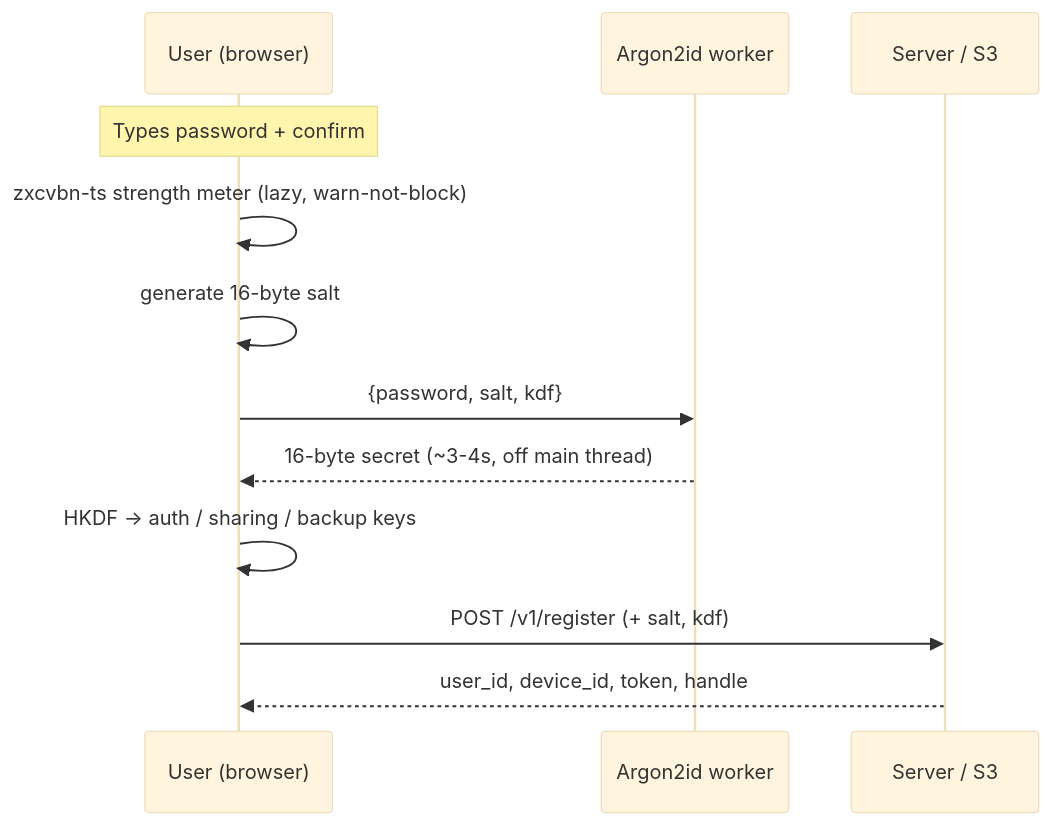
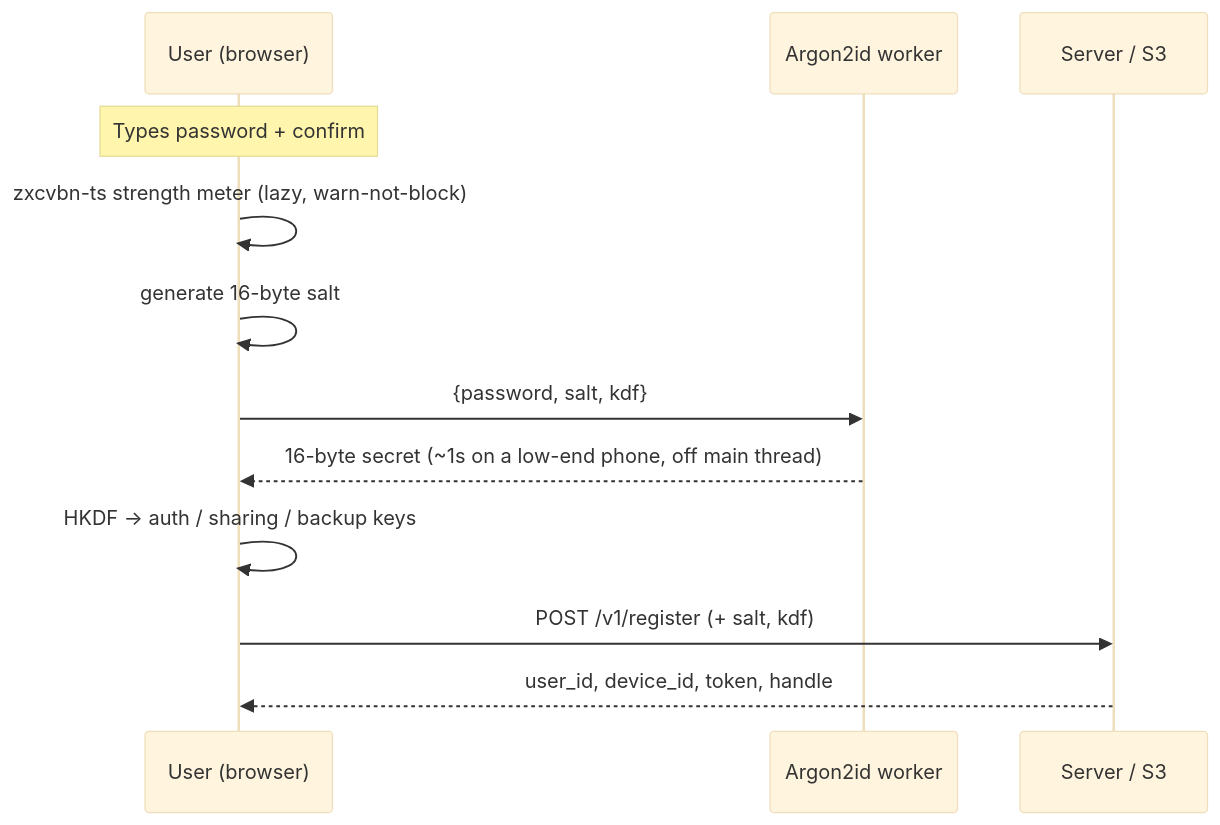
Before and after one commit to atmin/atmin.net: the diagram in docs/scenarios/credential-registration.md, drawn with Mermaid (base theme). The commit also changed other lines of this file and 1 other file, not shown here.

````diff
--- a/docs/scenarios/credential-registration.md
+++ b/docs/scenarios/credential-registration.md
@@ -10,15 +10,15 @@
 ```mermaid
 sequenceDiagram
     participant U as User (browser)
     participant W as Argon2id worker
     participant S as Server / S3
 
     note over U: Types password + confirm
     U->>U: zxcvbn-ts strength meter (lazy, warn-not-block)
     U->>U: generate 16-byte salt
     U->>W: {password, salt, kdf}
-    W-->>U: 16-byte secret (~3-4s, off main thread)
+    W-->>U: 16-byte secret (~1s on a low-end phone, off main thread)
     U->>U: HKDF → auth / sharing / backup keys
     U->>S: POST /v1/register (+ salt, kdf)
     S-->>U: user_id, device_id, token, handle
 ```
````
